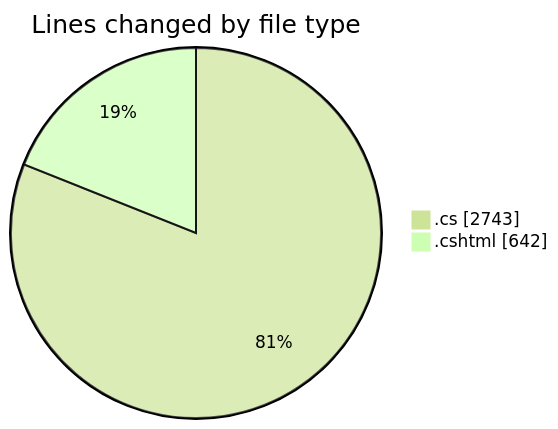
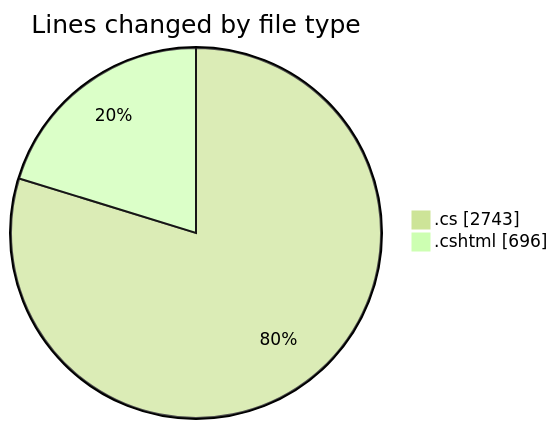
Before and after one commit to lephambinh05/code-tracking: the first of 2 diagrams in 2025-07-15/nhahang/README.md, drawn with Mermaid (forest theme). The commit also changed other lines of this file and 1 other file, not shown here.

````diff
--- a/2025-07-15/nhahang/README.md
+++ b/2025-07-15/nhahang/README.md
@@ -76,6 +77,6 @@
 ```mermaid
 pie showData
 title Lines changed by file type
 ".cs" : 2743
-".cshtml" : 642
+".cshtml" : 696
 ```
````
